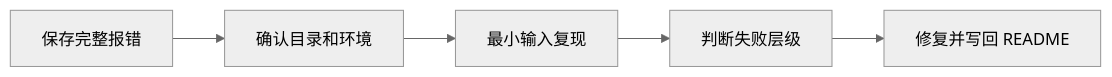
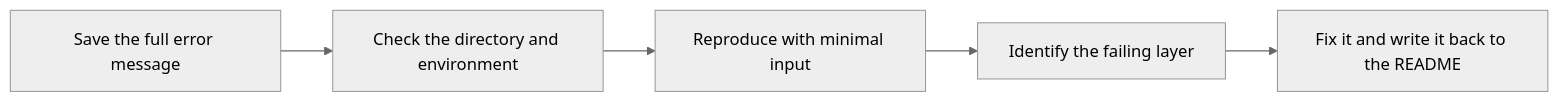
Before and after one commit to oudbiao/AI-fullstack-course: the diagram in docs/intro/troubleshooting-index.md, drawn with Mermaid (neutral theme). The commit also changed other lines of this file and 1406 other files, not shown here.

````diff
--- a/docs/intro/troubleshooting-index.md
+++ b/docs/intro/troubleshooting-index.md
@@ -14,7 +14,7 @@
 ```mermaid
 flowchart LR
-  A["保存完整报错"] --> B["确认目录和环境"]
-  B --> C["最小输入复现"]
-  C --> D["判断失败层级"]
-  D --> E["修复并写回 README"]
+  A["Save the full error message"] --> B["Check the directory and environment"]
+  B --> C["Reproduce with minimal input"]
+  C --> D["Identify the failing layer"]
+  D --> E["Fix it and write it back to the README"]
 ```
````
